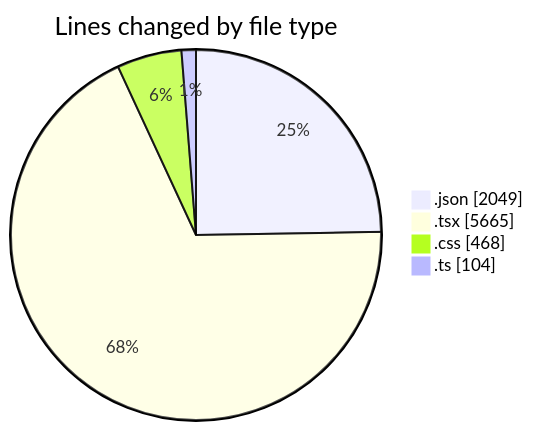
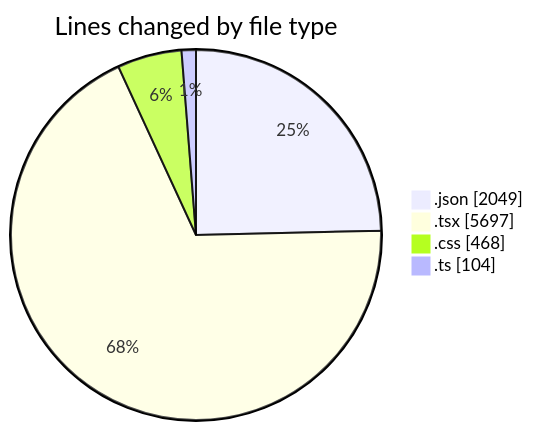
One commit to EIIisD/code-tracking changed the first of 2 diagrams in 2025-08-14/ribbon/README.md. Above: the diagram before and after it, drawn with Mermaid. The commit also changed other lines of this file and 1 other file, not shown here.

````diff
--- a/2025-08-14/ribbon/README.md
+++ b/2025-08-14/ribbon/README.md
@@ -29,8 +29,8 @@
 ```mermaid
 pie showData
 title Lines changed by file type
 ".json" : 2049
-".tsx" : 5665
+".tsx" : 5697
 ".css" : 468
 ".ts" : 104
 ```
````
